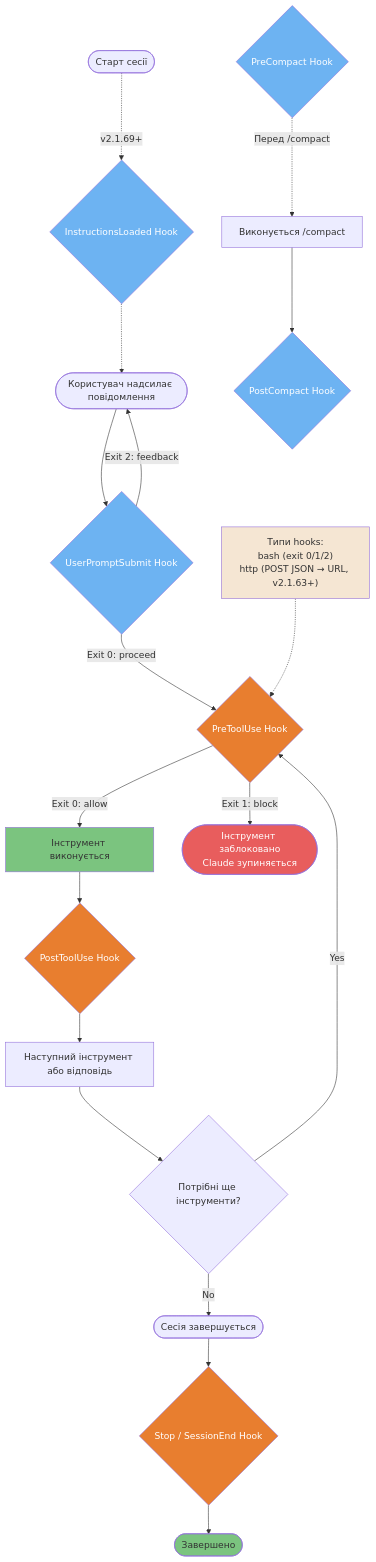
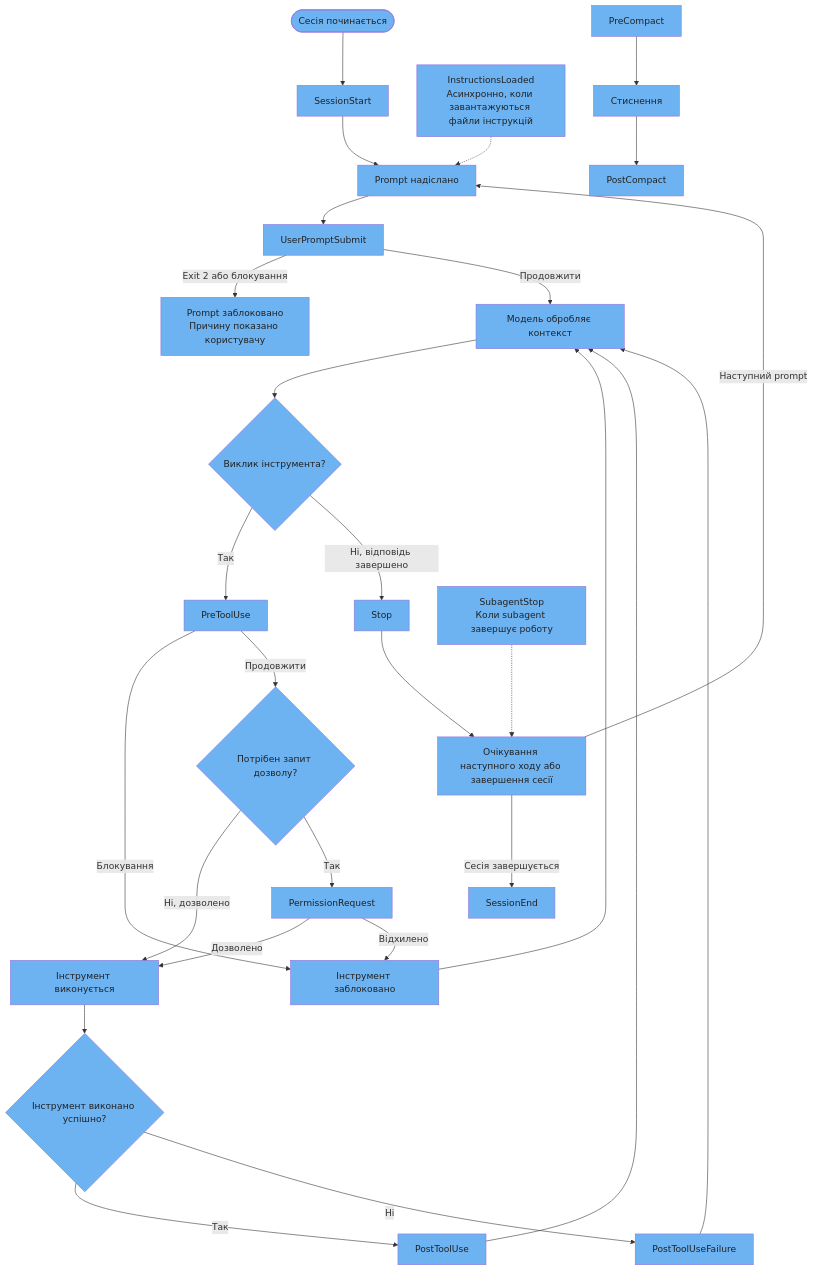
Before and after one commit to sermers-cyber/claude-code-ultimate-guide-ua: the fourth of 4 diagrams in guide/diagrams/03-configuration-system.uk.md, drawn with Mermaid. The commit also changed other lines of this file and 80 other files, not shown here.

````diff
--- a/guide/diagrams/03-configuration-system.uk.md
+++ b/guide/diagrams/03-configuration-system.uk.md
@@ -189,52 +167,75 @@
 ```mermaid
 flowchart TD
-    INIT([Старт сесії]) -.->|v2.1.69+| INST{InstructionsLoaded Hook}
-    INST -.-> A
-
-    A([Користувач надсилає повідомлення]) --> UPS{UserPromptSubmit Hook}
-    UPS -->|Exit 0: proceed| B{PreToolUse Hook}
-    UPS -->|Exit 2: feedback| A
-    B -->|Exit 0: allow| C[Інструмент виконується]
-    B -->|Exit 1: block| D([Інструмент заблоковано<br/>Claude зупиняється])
-    C --> E{PostToolUse Hook}
-    E --> F[Наступний інструмент або відповідь]
-    F --> G{Потрібні ще інструменти?}
-    G -->|Yes| B
-    G -->|No| H([Сесія завершується])
-    H --> I{Stop / SessionEnd Hook}
-    I --> J([Завершено])
-
-    K{PreCompact Hook} -.->|Перед /compact| L[Виконується /compact]
-    L --> M{PostCompact Hook}
-
-    NOTE["Типи hooks:<br/>bash (exit 0/1/2)<br/>http (POST JSON → URL, v2.1.63+)"] -.-> B
-
-    style INST fill:#6DB3F2,color:#fff
-    style UPS fill:#6DB3F2,color:#fff
-    style B fill:#E87E2F,color:#fff
-    style D fill:#E85D5D,color:#fff
-    style E fill:#E87E2F,color:#fff
-    style I fill:#E87E2F,color:#fff
-    style K fill:#6DB3F2,color:#fff
-    style M fill:#6DB3F2,color:#fff
-    style C fill:#7BC47F,color:#333
-    style J fill:#7BC47F,color:#333
-    style NOTE fill:#F5E6D3,color:#333
-
-    click INIT href "https://github.com/gerasimsergey/claude-code-ultimate-guide-ua/blob/main/guide/ultimate-guide.md#71-the-event-system" "Старт сесії"
-    click INST href "https://github.com/gerasimsergey/claude-code-ultimate-guide-ua/blob/main/guide/ultimate-guide.md#71-the-event-system" "InstructionsLoaded Hook — v2.1.69+"
-    click A href "https://github.com/gerasimsergey/claude-code-ultimate-guide-ua/blob/main/guide/ultimate-guide.md#71-the-event-system" "Користувач надсилає повідомлення"
-    click UPS href "https://github.com/gerasimsergey/claude-code-ultimate-guide-ua/blob/main/guide/ultimate-guide.md#71-the-event-system" "UserPromptSubmit Hook"
-    click B href "https://github.com/gerasimsergey/claude-code-ultimate-guide-ua/blob/main/guide/ultimate-guide.md#71-the-event-system" "PreToolUse Hook"
-    click C href "https://github.com/gerasimsergey/claude-code-ultimate-guide-ua/blob/main/guide/core/architecture.md#2-the-tool-arsenal" "Інструмент виконується"
-    click D href "https://github.com/gerasimsergey/claude-code-ultimate-guide-ua/blob/main/guide/ultimate-guide.md#71-the-event-system" "Інструмент заблоковано"
-    click E href "https://github.com/gerasimsergey/claude-code-ultimate-guide-ua/blob/main/guide/ultimate-guide.md#71-the-event-system" "PostToolUse Hook"
-    click F href "https://github.com/gerasimsergey/claude-code-ultimate-guide-ua/blob/main/guide/ultimate-guide.md#71-the-event-system" "Наступний інструмент або відповідь"
-    click G href "https://github.com/gerasimsergey/claude-code-ultimate-guide-ua/blob/main/guide/ultimate-guide.md#71-the-event-system" "Потрібні ще інструменти?"
-    click H href "https://github.com/gerasimsergey/claude-code-ultimate-guide-ua/blob/main/guide/ultimate-guide.md#71-the-event-system" "Сесія завершується"
-    click I href "https://github.com/gerasimsergey/claude-code-ultimate-guide-ua/blob/main/guide/ultimate-guide.md#71-the-event-system" "Stop / SessionEnd Hook"
-    click J href "https://github.com/gerasimsergey/claude-code-ultimate-guide-ua/blob/main/guide/ultimate-guide.md#72-creating-hooks" "Завершено"
-    click K href "https://github.com/gerasimsergey/claude-code-ultimate-guide-ua/blob/main/guide/ultimate-guide.md#71-the-event-system" "PreCompact Hook"
-    click L href "https://github.com/gerasimsergey/claude-code-ultimate-guide-ua/blob/main/guide/ultimate-guide.md#71-the-event-system" "Виконується /compact"
-    click M href "https://github.com/gerasimsergey/claude-code-ultimate-guide-ua/blob/main/guide/ultimate-guide.md#71-the-event-system" "PostCompact Hook"
+    INIT([Сесія починається]) --> START[SessionStart]
+    START --> A[Prompt надіслано]
+    A --> UPS[UserPromptSubmit]
+    UPS -->|Exit 2 або блокування| REJECT[Prompt заблоковано<br/>Причину показано користувачу]
+    UPS -->|Продовжити| MODEL[Модель обробляє контекст]
+    MODEL --> TOOL{Виклик інструмента?}
+    TOOL -->|Так| B[PreToolUse]
+    TOOL -->|Ні, відповідь завершено| STOP[Stop]
+    B -->|Блокування| BLOCK[Інструмент заблоковано]
+    B -->|Продовжити| NEED{Потрібен запит дозволу?}
+    NEED -->|Ні, дозволено| C[Інструмент виконується]
+    NEED -->|Так| PR[PermissionRequest]
+    PR -->|Дозволено| C
+    PR -->|Відхилено| BLOCK
+    C --> RESULT{Інструмент виконано успішно?}
+    RESULT -->|Так| E[PostToolUse]
+    RESULT -->|Ні| FAIL[PostToolUseFailure]
+    E --> MODEL
+    FAIL --> MODEL
+    BLOCK --> MODEL
+    STOP --> WAIT[Очікування наступного ходу або завершення сесії]
+    WAIT -->|Наступний prompt| A
+    WAIT -->|Сесія завершується| END[SessionEnd]
+    INST[InstructionsLoaded<br/>Асинхронно, коли завантажуються файли інструкцій] -.-> A
+    SS[SubagentStop<br/>Коли subagent завершує роботу] -.-> WAIT
+    PRE[PreCompact] --> COMPACT[Стиснення] --> POST[PostCompact]
+    style INIT fill:#6DB3F2,color:#222
+    click INIT href "https://github.com/FlorianBruniaux/claude-code-ultimate-guide/blob/main/guide/ultimate-guide.md#71-the-event-system" "The event system"
+    style START fill:#6DB3F2,color:#222
+    click START href "https://github.com/FlorianBruniaux/claude-code-ultimate-guide/blob/main/guide/ultimate-guide.md#71-the-event-system" "The event system"
+    style A fill:#6DB3F2,color:#222
+    click A href "https://github.com/FlorianBruniaux/claude-code-ultimate-guide/blob/main/guide/ultimate-guide.md#71-the-event-system" "The event system"
+    style UPS fill:#6DB3F2,color:#222
+    click UPS href "https://github.com/FlorianBruniaux/claude-code-ultimate-guide/blob/main/guide/ultimate-guide.md#71-the-event-system" "The event system"
+    style REJECT fill:#6DB3F2,color:#222
+    click REJECT href "https://github.com/FlorianBruniaux/claude-code-ultimate-guide/blob/main/guide/ultimate-guide.md#71-the-event-system" "The event system"
+    style B fill:#6DB3F2,color:#222
+    click B href "https://github.com/FlorianBruniaux/claude-code-ultimate-guide/blob/main/guide/ultimate-guide.md#71-the-event-system" "The event system"
+    style BLOCK fill:#6DB3F2,color:#222
+    click BLOCK href "https://github.com/FlorianBruniaux/claude-code-ultimate-guide/blob/main/guide/ultimate-guide.md#71-the-event-system" "The event system"
+    style NEED fill:#6DB3F2,color:#222
+    click NEED href "https://github.com/FlorianBruniaux/claude-code-ultimate-guide/blob/main/guide/ultimate-guide.md#71-the-event-system" "The event system"
+    style C fill:#6DB3F2,color:#222
+    click C href "https://github.com/FlorianBruniaux/claude-code-ultimate-guide/blob/main/guide/ultimate-guide.md#71-the-event-system" "The event system"
+    style PR fill:#6DB3F2,color:#222
+    click PR href "https://github.com/FlorianBruniaux/claude-code-ultimate-guide/blob/main/guide/ultimate-guide.md#71-the-event-system" "The event system"
+    style RESULT fill:#6DB3F2,color:#222
+    click RESULT href "https://github.com/FlorianBruniaux/claude-code-ultimate-guide/blob/main/guide/ultimate-guide.md#71-the-event-system" "The event system"
+    style E fill:#6DB3F2,color:#222
+    click E href "https://github.com/FlorianBruniaux/claude-code-ultimate-guide/blob/main/guide/ultimate-guide.md#71-the-event-system" "The event system"
+    style FAIL fill:#6DB3F2,color:#222
+    click FAIL href "https://github.com/FlorianBruniaux/claude-code-ultimate-guide/blob/main/guide/ultimate-guide.md#71-the-event-system" "The event system"
+    style MODEL fill:#6DB3F2,color:#222
+    click MODEL href "https://github.com/FlorianBruniaux/claude-code-ultimate-guide/blob/main/guide/ultimate-guide.md#71-the-event-system" "The event system"
+    style TOOL fill:#6DB3F2,color:#222
+    click TOOL href "https://github.com/FlorianBruniaux/claude-code-ultimate-guide/blob/main/guide/ultimate-guide.md#71-the-event-system" "The event system"
+    style STOP fill:#6DB3F2,color:#222
+    click STOP href "https://github.com/FlorianBruniaux/claude-code-ultimate-guide/blob/main/guide/ultimate-guide.md#71-the-event-system" "The event system"
+    style WAIT fill:#6DB3F2,color:#222
+    click WAIT href "https://github.com/FlorianBruniaux/claude-code-ultimate-guide/blob/main/guide/ultimate-guide.md#71-the-event-system" "The event system"
+    style END fill:#6DB3F2,color:#222
+    click END href "https://github.com/FlorianBruniaux/claude-code-ultimate-guide/blob/main/guide/ultimate-guide.md#71-the-event-system" "The event system"
+    style INST fill:#6DB3F2,color:#222
+    click INST href "https://github.com/FlorianBruniaux/claude-code-ultimate-guide/blob/main/guide/ultimate-guide.md#71-the-event-system" "The event system"
+    style SS fill:#6DB3F2,color:#222
+    click SS href "https://github.com/FlorianBruniaux/claude-code-ultimate-guide/blob/main/guide/ultimate-guide.md#71-the-event-system" "The event system"
+    style PRE fill:#6DB3F2,color:#222
+    click PRE href "https://github.com/FlorianBruniaux/claude-code-ultimate-guide/blob/main/guide/ultimate-guide.md#71-the-event-system" "The event system"
+    style COMPACT fill:#6DB3F2,color:#222
+    click COMPACT href "https://github.com/FlorianBruniaux/claude-code-ultimate-guide/blob/main/guide/ultimate-guide.md#71-the-event-system" "The event system"
+    style POST fill:#6DB3F2,color:#222
+    click POST href "https://github.com/FlorianBruniaux/claude-code-ultimate-guide/blob/main/guide/ultimate-guide.md#71-the-event-system" "The event system"
 ```
````
